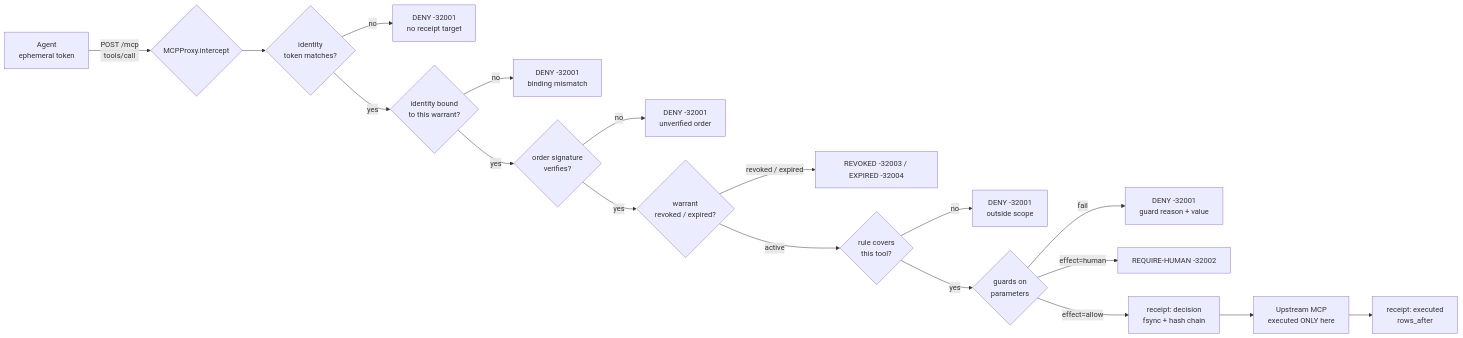
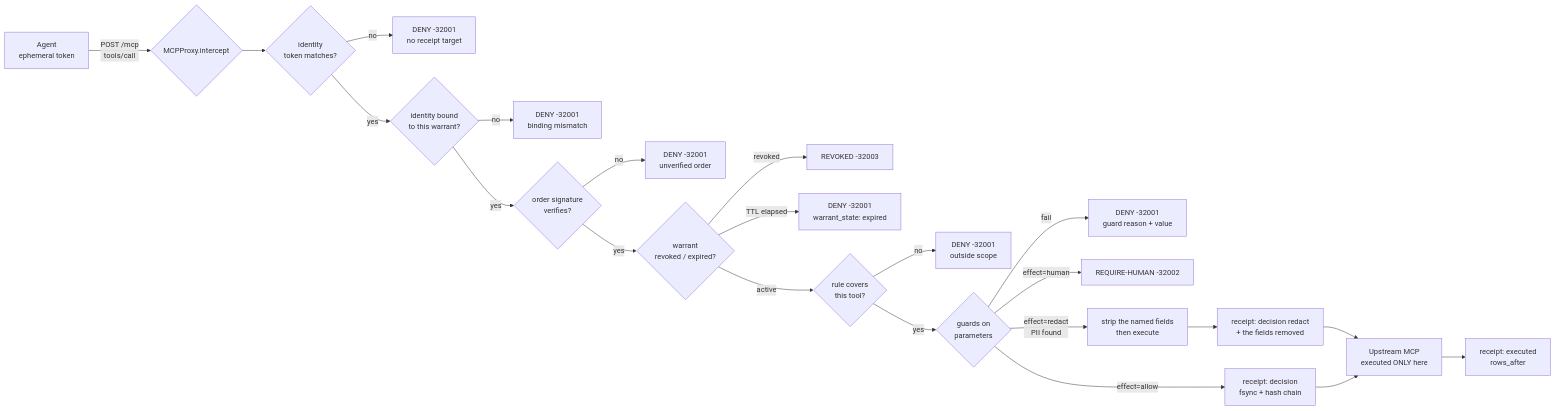
The diagram in docs/architecture.md (DmytriP/warrnt), drawn with Mermaid before and after one commit. The commit also changed other lines of this file and 12 other files, not shown here.

First line of the commit message:
contract: implement redact, keep expired out of the decision space (D13 unfreeze)

````diff
--- a/docs/architecture.md
+++ b/docs/architecture.md
@@ -6,20 +6,24 @@
 ```mermaid
 flowchart LR
     A[Agent<br/>ephemeral token] -->|POST /mcp<br/>tools/call| P{MCPProxy.intercept}
     P --> I{identity<br/>token matches?}
     I -->|no| D1[DENY -32001<br/>no receipt target]
     I -->|yes| B{identity bound<br/>to this warrant?}
     B -->|no| D0[DENY -32001<br/>binding mismatch]
     B -->|yes| S{order signature<br/>verifies?}
     S -->|no| D0b[DENY -32001<br/>unverified order]
     S -->|yes| W{warrant<br/>revoked / expired?}
-    W -->|revoked / expired| D2[REVOKED -32003 / EXPIRED -32004]
+    W -->|revoked| D2[REVOKED -32003]
+    W -->|TTL elapsed| D2b[DENY -32001<br/>warrant_state: expired]
     W -->|active| R{rule covers<br/>this tool?}
     R -->|no| D3[DENY -32001<br/>outside scope]
     R -->|yes| G{guards on<br/>parameters}
     G -->|fail| D4[DENY -32001<br/>guard reason + value]
     G -->|effect=human| D5[REQUIRE-HUMAN -32002]
     G -->|effect=allow| REC[receipt: decision<br/>fsync + hash chain]
+    G -->|effect=redact<br/>PII found| RP[strip the named fields<br/>then execute]
+    RP --> REC3[receipt: decision redact<br/>+ the fields removed]
+    REC3 --> U
     REC --> U[Upstream MCP<br/>executed ONLY here]
     U --> REC2[receipt: executed<br/>rows_after]
 ```
````
